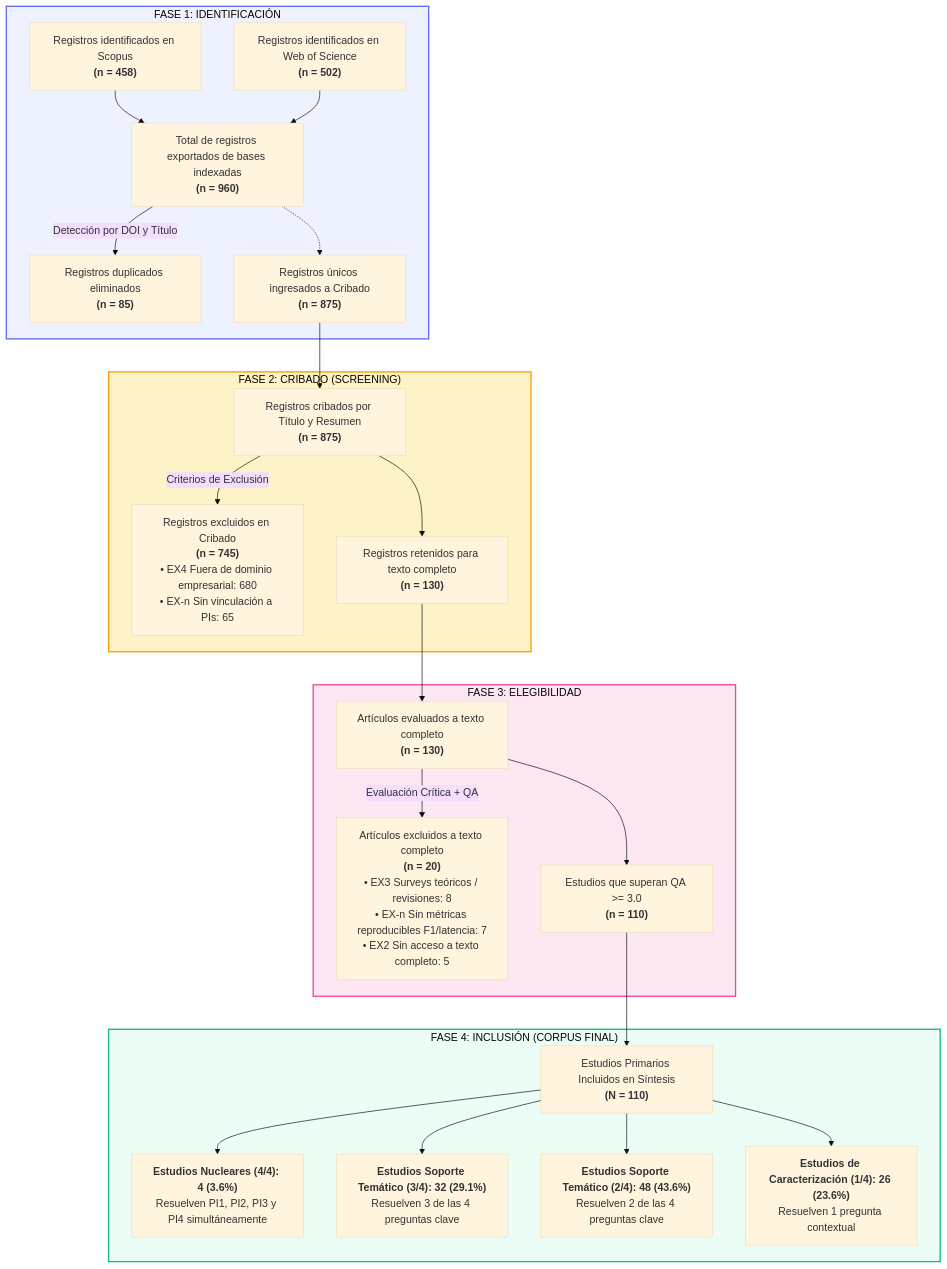
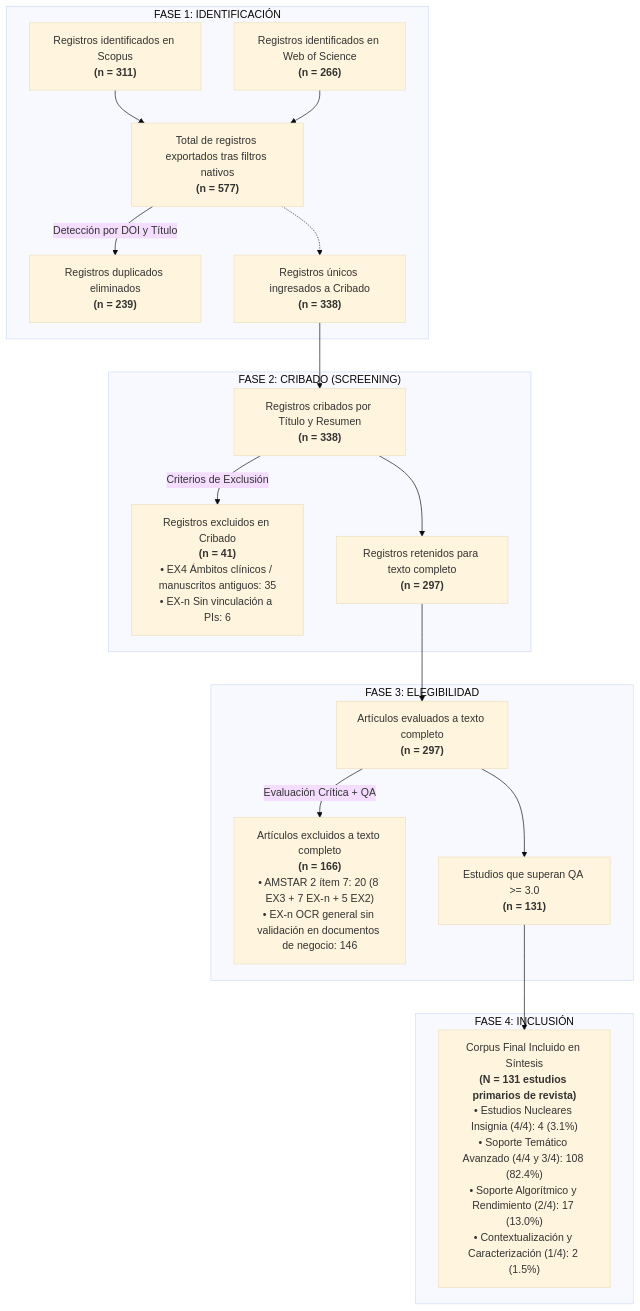
One commit to Andrer50/Formacion_Investigacion_42922 changed the diagram in project/metodologia/outputs/reporte_prisma_paso_a_paso.md. Above: the diagram before and after it, drawn with Mermaid (base theme). The commit also changed other lines of this file and 58 other files, not shown here.

````diff
--- a/project/metodologia/outputs/reporte_prisma_paso_a_paso.md
+++ b/project/metodologia/outputs/reporte_prisma_paso_a_paso.md
@@ -31,50 +31,37 @@
 ```mermaid
 flowchart TD
     subgraph FASE_1 ["FASE 1: IDENTIFICACIÓN"]
-        A1["Registros identificados en Scopus<br><b>(n = 458)</b>"]
-        A2["Registros identificados en Web of Science<br><b>(n = 502)</b>"]
-        A["Total de registros exportados de bases indexadas<br><b>(n = 960)</b>"]
+        A1["Registros identificados en Scopus<br><b>(n = 311)</b>"]
+        A2["Registros identificados en Web of Science<br><b>(n = 266)</b>"]
+        A["Total de registros exportados tras filtros nativos<br><b>(n = 577)</b>"]
         A1 --> A
         A2 --> A
-        B["Registros duplicados eliminados<br><b>(n = 85)</b>"]
+        B["Registros duplicados eliminados<br><b>(n = 239)</b>"]
         A -->|Detección por DOI y Título| B
-        C["Registros únicos ingresados a Cribado<br><b>(n = 875)</b>"]
+        C["Registros únicos ingresados a Cribado<br><b>(n = 338)</b>"]
         A -.-> C
     end
 
     subgraph FASE_2 ["FASE 2: CRIBADO (SCREENING)"]
-        D["Registros cribados por Título y Resumen<br><b>(n = 875)</b>"]
+        D["Registros cribados por Título y Resumen<br><b>(n = 338)</b>"]
         C --> D
-        E["Registros excluidos en Cribado<br><b>(n = 745)</b><br>• EX4 Fuera de dominio empresarial: 680<br>• EX-n Sin vinculación a PIs: 65"]
+        E["Registros excluidos en Cribado<br><b>(n = 41)</b><br>• EX4 Ámbitos clínicos / manuscritos antiguos: 35<br>• EX-n Sin vinculación a PIs: 6"]
         D -->|Criterios de Exclusión| E
-        F["Registros retenidos para texto completo<br><b>(n = 130)</b>"]
+        F["Registros retenidos para texto completo<br><b>(n = 297)</b>"]
         D --> F
     end
 
     subgraph FASE_3 ["FASE 3: ELEGIBILIDAD"]
-        G["Artículos evaluados a texto completo<br><b>(n = 130)</b>"]
+        G["Artículos evaluados a texto completo<br><b>(n = 297)</b>"]
         F --> G
-        H["Artículos excluidos a texto completo<br><b>(n = 20)</b><br>• EX3 Surveys teóricos / revisiones: 8<br>• EX-n Sin métricas reproducibles F1/latencia: 7<br>• EX2 Sin acceso a texto completo: 5"]
+        H["Artículos excluidos a texto completo<br><b>(n = 166)</b><br>• AMSTAR 2 ítem 7: 20 (8 EX3 + 7 EX-n + 5 EX2)<br>• EX-n OCR general sin validación en documentos de negocio: 146"]
         G -->|Evaluación Crítica + QA| H
-        I["Estudios que superan QA >= 3.0<br><b>(n = 110)</b>"]
+        I["Estudios que superan QA >= 3.0<br><b>(n = 131)</b>"]
         G --> I
     end
 
-    subgraph FASE_4 ["FASE 4: INCLUSIÓN (CORPUS FINAL)"]
-        J["Estudios Primarios Incluidos en Síntesis<br><b>(N = 110)</b>"]
+    subgraph FASE_4 ["FASE 4: INCLUSIÓN"]
+        J["Corpus Final Incluido en Síntesis<br><b>(N = 131 estudios primarios de revista)</b><br>• Estudios Nucleares Insignia (4/4): 4 (3.1%)<br>• Soporte Temático Avanzado (4/4 y 3/4): 108 (82.4%)<br>• Soporte Algorítmico y Rendimiento (2/4): 17 (13.0%)<br>• Contextualización y Caracterización (1/4): 2 (1.5%)"]
         I --> J
-        K1["<b>Estudios Nucleares (4/4): 4 (3.6%)</b><br>Resuelven PI1, PI2, PI3 y PI4 simultáneamente"]
-        K2["<b>Estudios Soporte Temático (3/4): 32 (29.1%)</b><br>Resuelven 3 de las 4 preguntas clave"]
-        K3["<b>Estudios Soporte Temático (2/4): 48 (43.6%)</b><br>Resuelven 2 de las 4 preguntas clave"]
-        K4["<b>Estudios de Caracterización (1/4): 26 (23.6%)</b><br>Resuelven 1 pregunta contextual"]
-        J --> K1
-        J --> K2
-        J --> K3
-        J --> K4
     end
-
-    style FASE_1 fill:#eef2ff,stroke:#6366f1,stroke-width:2px;
-    style FASE_2 fill:#fef3c7,stroke:#f59e0b,stroke-width:2px;
-    style FASE_3 fill:#fce7f3,stroke:#ec4899,stroke-width:2px;
-    style FASE_4 fill:#ecfdf5,stroke:#10b981,stroke-width:2px;
 ```
````
